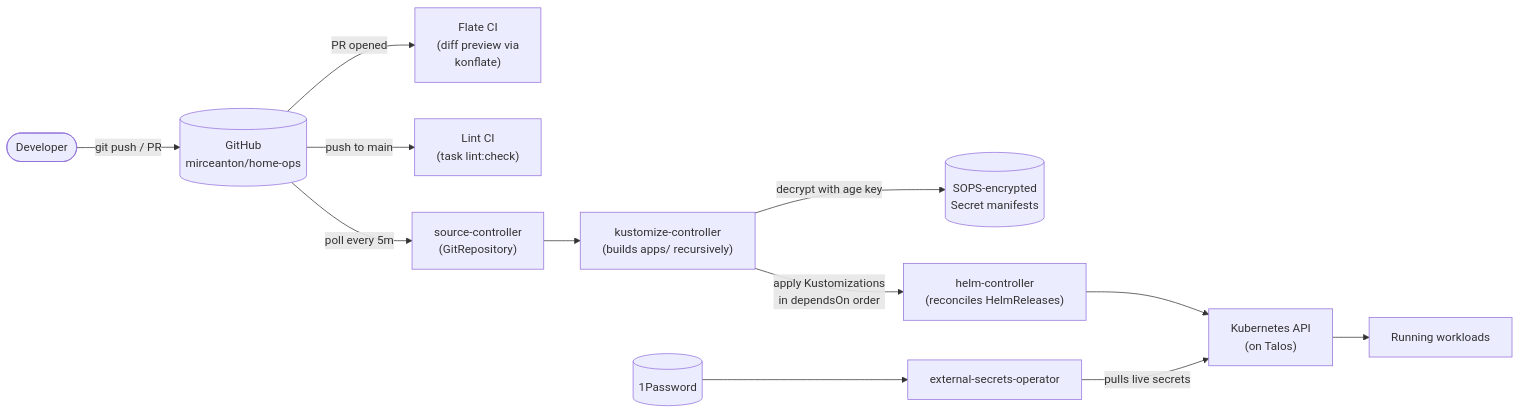
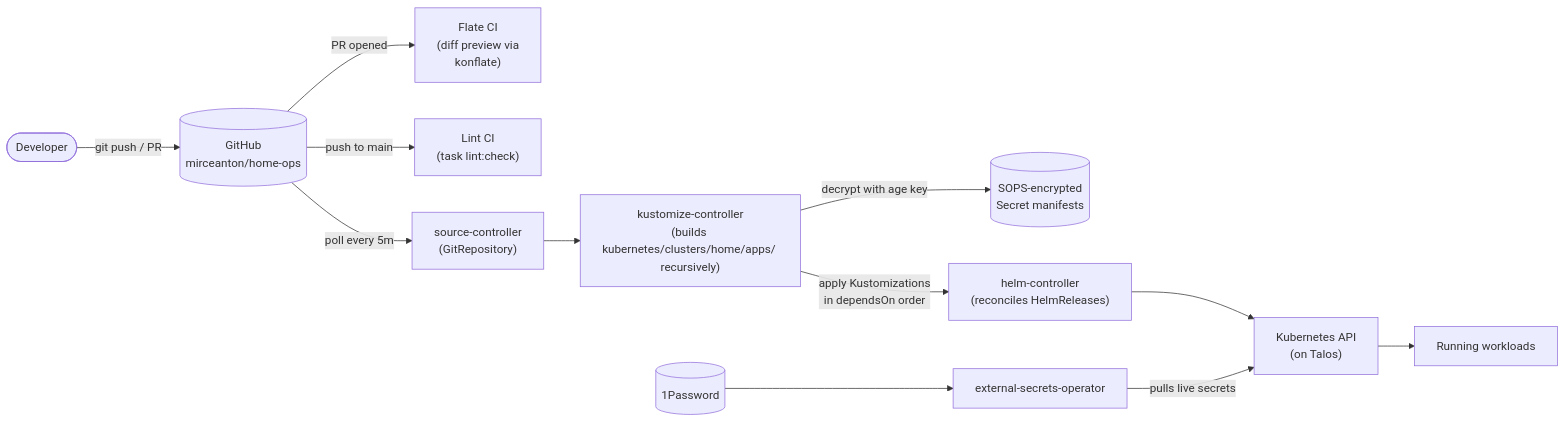
The second of 3 diagrams in README.md (mirceanton/home-ops), drawn with Mermaid before and after one commit. The commit also changed other lines of this file and 919 other files, not shown here.

````diff
--- a/README.md
+++ b/README.md
@@ -149,19 +153,19 @@
 ```mermaid
 flowchart LR
     Dev([Developer]) -->|"git push / PR"| GH[("GitHub\nmirceanton/home-ops")]
 
     GH -->|"PR opened"| Flate["Flate CI\n(diff preview via\nkonflate)"]
     GH -->|"push to main"| Lint["Lint CI\n(task lint:check)"]
 
     GH -->|"poll every 5m"| SC["source-controller\n(GitRepository)"]
-    SC --> KC["kustomize-controller\n(builds apps/ recursively)"]
+    SC --> KC["kustomize-controller\n(builds kubernetes/clusters/home/apps/ recursively)"]
 
     KC -->|"decrypt with age key"| SOPS[("SOPS-encrypted\nSecret manifests")]
     KC -->|"apply Kustomizations\nin dependsOn order"| HC["helm-controller\n(reconciles HelmReleases)"]
 
     HC --> API["Kubernetes API\n(on Talos)"]
     ESO["external-secrets-operator"] -->|"pulls live secrets"| API
     OnePw[("1Password")] --> ESO
 
     API --> Workloads["Running workloads"]
 ```
````
